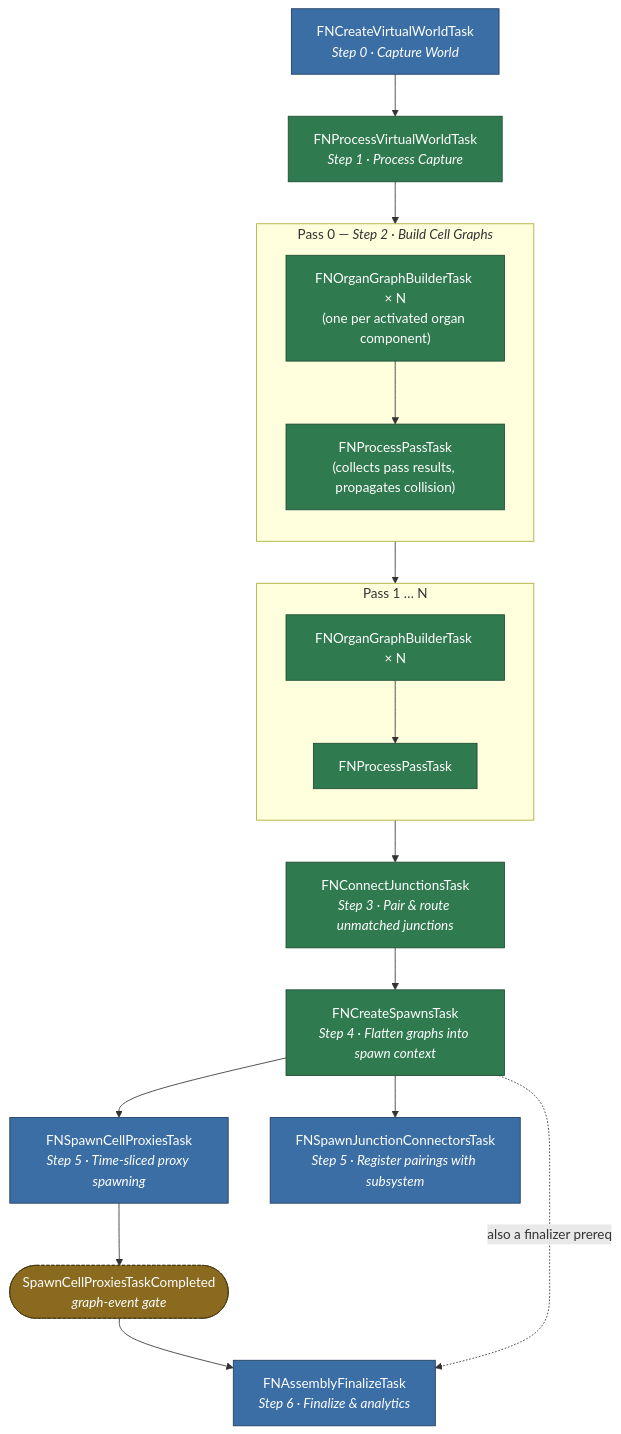
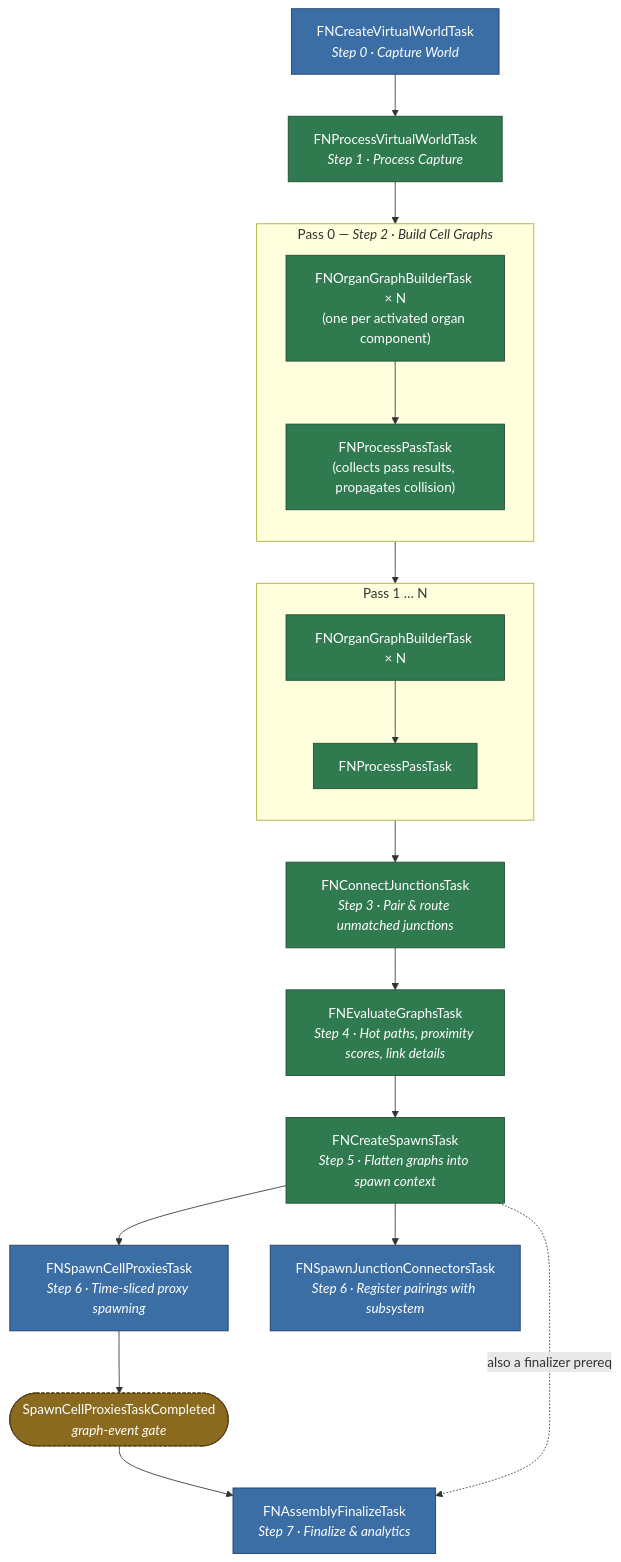
One commit to dotBunny/NEXUS.Docs changed the diagram in docs/plugins/world-assembly/architecture/tasks.md. Above: the diagram before and after it, drawn with Mermaid. The commit also changed other lines of this file and 8 other files, not shown here.

````diff
--- a/docs/plugins/world-assembly/architecture/tasks.md
+++ b/docs/plugins/world-assembly/architecture/tasks.md
@@ -130,41 +151,43 @@
 ```mermaid
 flowchart TD
   classDef gameThread fill:#3b6ea5,stroke:#1f3b5f,color:#fff
   classDef anyThread  fill:#2f7a4f,stroke:#1c4a30,color:#fff
   classDef gate       fill:#8a6a1f,stroke:#4a3810,color:#fff,stroke-dasharray: 4 2
 
   CreateVW["FNCreateVirtualWorldTask<br/><i>Step 0 · Capture World</i>"]:::gameThread
   ProcessVW["FNProcessVirtualWorldTask<br/><i>Step 1 · Process Capture</i>"]:::anyThread
 
   subgraph Pass0["Pass 0 — <i>Step 2 · Build Cell Graphs</i>"]
     direction TB
     Organ0["FNOrganGraphBuilderTask × N<br/>(one per activated organ component)"]:::anyThread
     ProcPass0["FNProcessPassTask<br/>(collects pass results, propagates collision)"]:::anyThread
     Organ0 --> ProcPass0
   end
 
   subgraph PassN["Pass 1 … N"]
     direction TB
     OrganN["FNOrganGraphBuilderTask × N"]:::anyThread
     ProcPassN["FNProcessPassTask"]:::anyThread
     OrganN --> ProcPassN
   end
 
   ConnectJunctions["FNConnectJunctionsTask<br/><i>Step 3 · Pair &amp; route unmatched junctions</i>"]:::anyThread
-  CreateSpawns["FNCreateSpawnsTask<br/><i>Step 4 · Flatten graphs into spawn context</i>"]:::anyThread
-  SpawnProxies["FNSpawnCellProxiesTask<br/><i>Step 5 · Time-sliced proxy spawning</i>"]:::gameThread
-  SpawnConnectors["FNSpawnJunctionConnectorsTask<br/><i>Step 5 · Register pairings with subsystem</i>"]:::gameThread
+  EvaluateGraphs["FNEvaluateGraphsTask<br/><i>Step 4 · Hot paths, proximity scores, link details</i>"]:::anyThread
+  CreateSpawns["FNCreateSpawnsTask<br/><i>Step 5 · Flatten graphs into spawn context</i>"]:::anyThread
+  SpawnProxies["FNSpawnCellProxiesTask<br/><i>Step 6 · Time-sliced proxy spawning</i>"]:::gameThread
+  SpawnConnectors["FNSpawnJunctionConnectorsTask<br/><i>Step 6 · Register pairings with subsystem</i>"]:::gameThread
   SpawnGate(["SpawnCellProxiesTaskCompleted<br/><i>graph-event gate</i>"]):::gate
-  Finalize["FNAssemblyFinalizeTask<br/><i>Step 6 · Finalize &amp; analytics</i>"]:::gameThread
+  Finalize["FNAssemblyFinalizeTask<br/><i>Step 7 · Finalize &amp; analytics</i>"]:::gameThread
 
   CreateVW --> ProcessVW
   ProcessVW --> Organ0
   ProcPass0 --> OrganN
   ProcPassN --> ConnectJunctions
-  ConnectJunctions --> CreateSpawns
+  ConnectJunctions --> EvaluateGraphs
+  EvaluateGraphs --> CreateSpawns
   CreateSpawns --> SpawnProxies
   CreateSpawns --> SpawnConnectors
   SpawnProxies --> SpawnGate
   SpawnGate --> Finalize
   CreateSpawns -.->|also a finalizer prereq| Finalize
 ```
````
